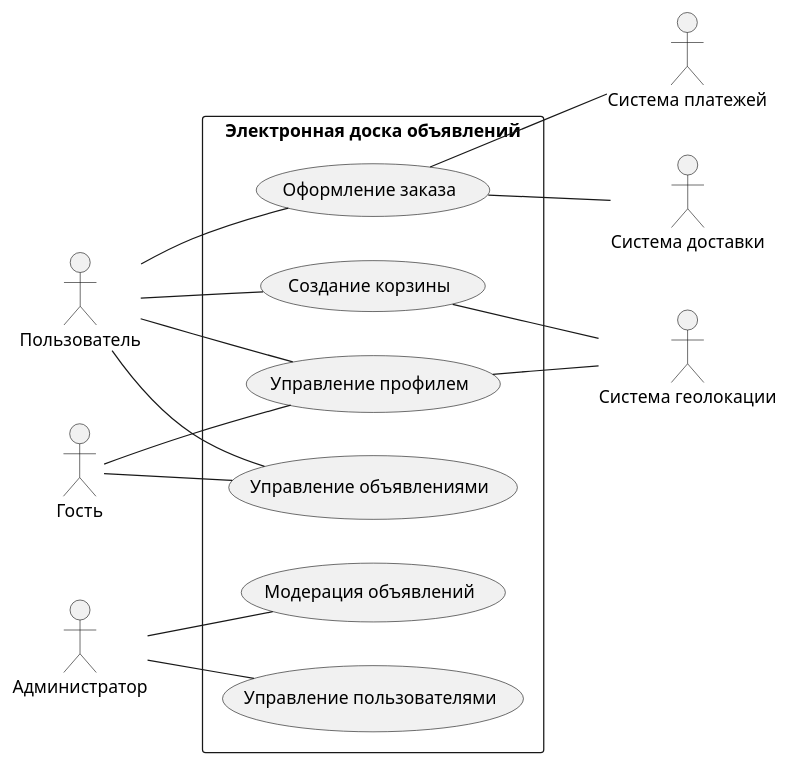
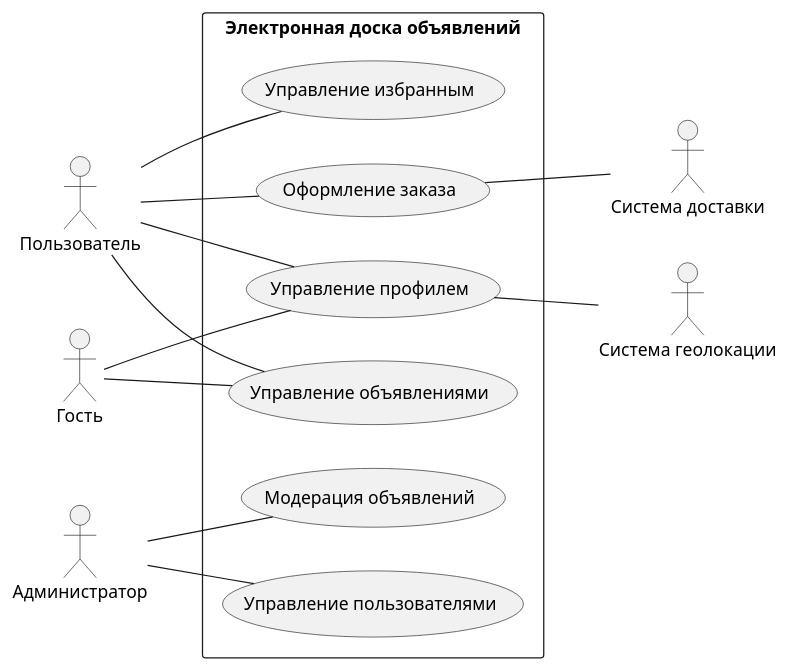
Before and after one commit to penamarth/bsbo-02-23_team3_var13_messboard: the diagram in Диаграмма прецедентов.md, drawn with PlantUML.

Commit message:
Update Диаграмма прецедентов.md

````diff
--- a/Диаграмма прецедентов.md
+++ b/Диаграмма прецедентов.md
@@ -1,32 +1,29 @@
 ```plantuml
 @startuml
 skinparam packageStyle rect
 left to right direction
 
 :Пользователь:
 :Администратор:
 :Гость:
 :Система доставки:
-:Система платежей:
 :Система геолокации:
 
 package "Электронная доска объявлений" {
 
 :Гость: -- (Управление объявлениями)
 :Гость: -- (Управление профилем)
 
-:Пользователь: -- (Создание корзины)
+:Пользователь: -- (Управление избранным)
 :Пользователь: -- (Оформление заказа)
 :Пользователь: -- (Управление профилем)
 :Пользователь: -- (Управление объявлениями)
 
 :Администратор: -- (Модерация объявлений)
 :Администратор: -- (Управление пользователями)
 
-(Оформление заказа) -- :Система платежей: 
 (Оформление заказа) -- :Система доставки:
-(Создание корзины) -- :Система геолокации:
 (Управление профилем) -- :Система геолокации:
 }
 @enduml
 ```
````
